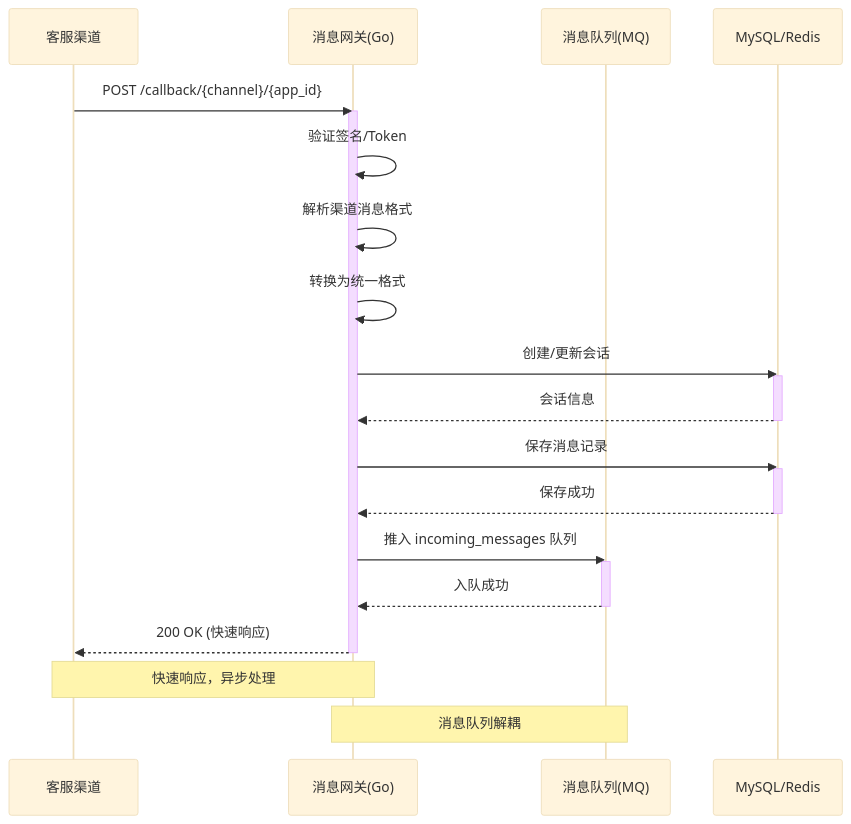
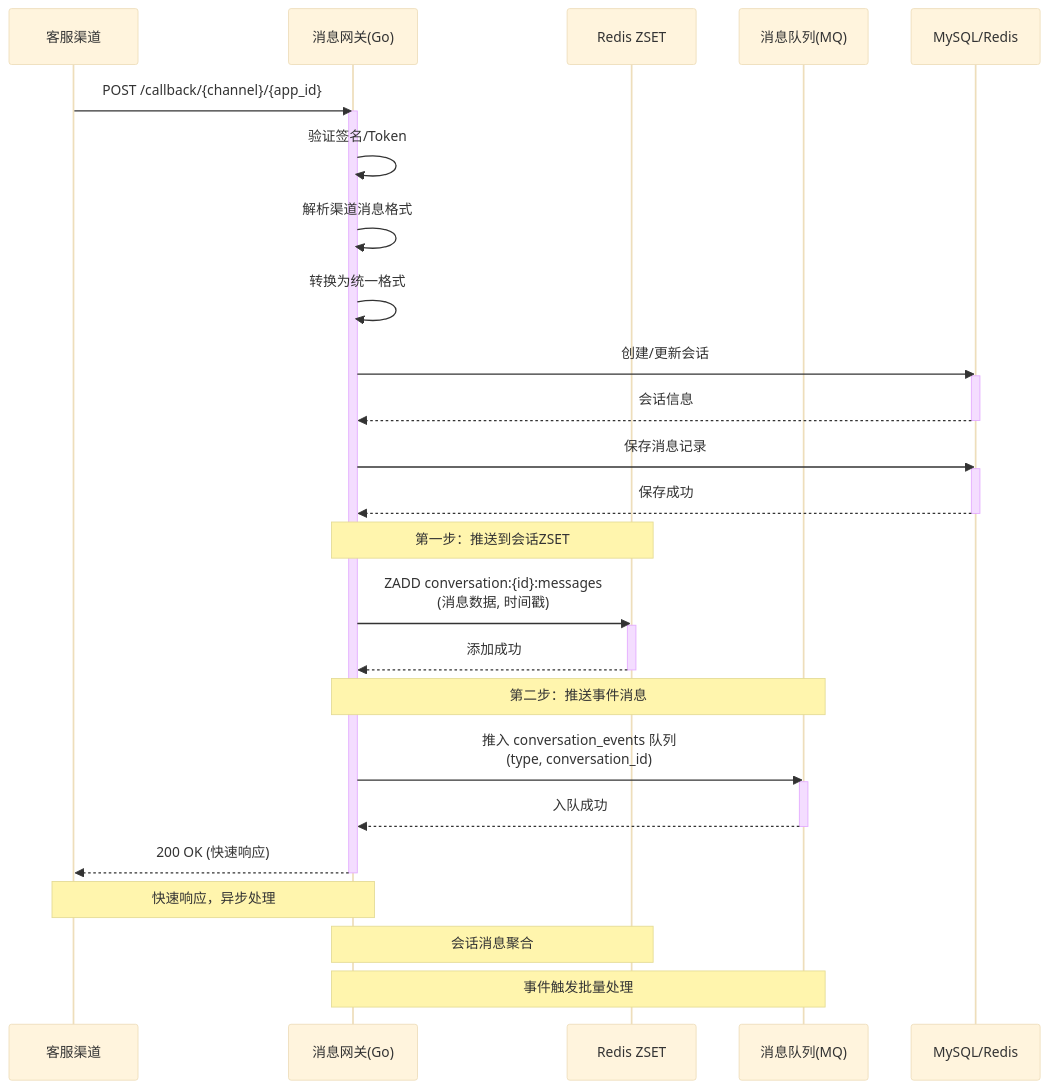
Before and after one commit to liushoukun/huizhida-chatbot: the third of 17 diagrams in docs/requirements.md, drawn with Mermaid (base theme). The commit also changed other lines of this file and 16 other files, not shown here.

````diff
--- a/docs/requirements.md
+++ b/docs/requirements.md
@@ -408,30 +422,41 @@
 ```mermaid
 sequenceDiagram
     participant P as 客服渠道
     participant G as 消息网关(Go)
+    participant R as Redis ZSET
     participant Q as 消息队列(MQ)
     participant S as MySQL/Redis
 
     P->>G: POST /callback/{channel}/{app_id}
     activate G
     G->>G: 验证签名/Token
     G->>G: 解析渠道消息格式
     G->>G: 转换为统一格式
     G->>S: 创建/更新会话
     activate S
     S-->>G: 会话信息
     deactivate S
     G->>S: 保存消息记录
     activate S
     S-->>G: 保存成功
     deactivate S
-    G->>Q: 推入 incoming_messages 队列
+    
+    Note over G,R: 第一步：推送到会话ZSET
+    G->>R: ZADD conversation:{id}:messages<br/>(消息数据, 时间戳)
+    activate R
+    R-->>G: 添加成功
+    deactivate R
+    
+    Note over G,Q: 第二步：推送事件消息
+    G->>Q: 推入 conversation_events 队列<br/>(type, conversation_id)
     activate Q
     Q-->>G: 入队成功
     deactivate Q
+    
     G-->>P: 200 OK (快速响应)
     deactivate G
 
     Note over P,G: 快速响应，异步处理
-    Note over G,Q: 消息队列解耦
+    Note over G,R: 会话消息聚合
+    Note over G,Q: 事件触发批量处理
 ```
````
